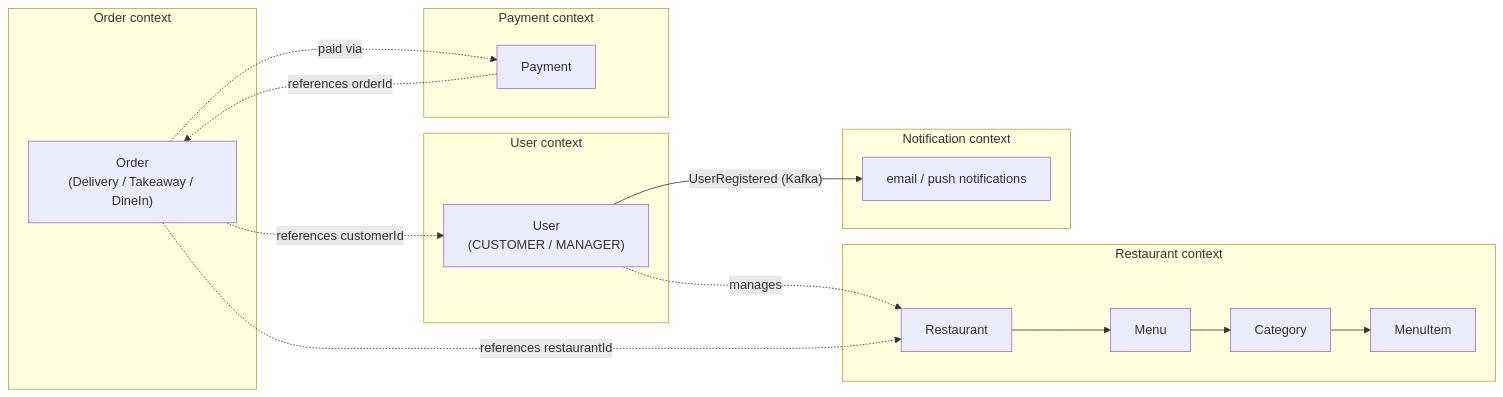
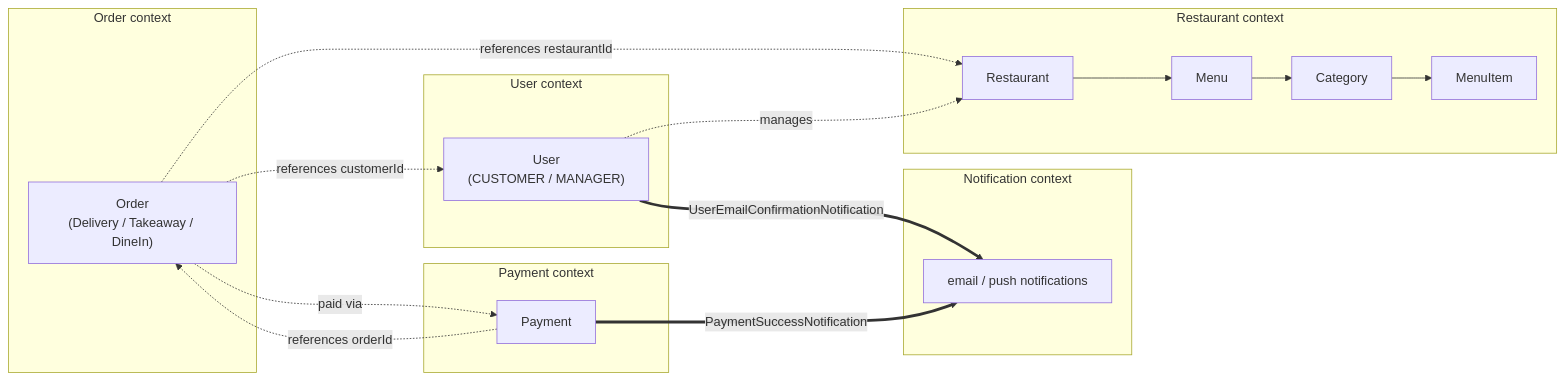
The diagram in docs/reports/spe/01-deliverables/domain-model.md (Norby99/munchies), drawn with Mermaid before and after one commit. The commit also changed other lines of this file and 1 other file, not shown here.

````diff
--- a/docs/reports/spe/01-deliverables/domain-model.md
+++ b/docs/reports/spe/01-deliverables/domain-model.md
@@ -7,25 +31,26 @@
 ```mermaid
 flowchart LR
     subgraph User["User context"]
         U["User<br/>(CUSTOMER / MANAGER)"]
     end
     subgraph Restaurant["Restaurant context"]
         R["Restaurant"] --> M["Menu"] --> C["Category"] --> MI["MenuItem"]
     end
     subgraph Order["Order context"]
         O["Order<br/>(Delivery / Takeaway / DineIn)"]
     end
     subgraph Payment["Payment context"]
         P["Payment"]
     end
     subgraph Notification["Notification context"]
         N["email / push notifications"]
     end
 
     U -. manages .-> R
     O -. references restaurantId .-> R
     O -. references customerId .-> U
     O -. paid via .-> P
     P -. references orderId .-> O
-    U -- "UserRegistered (Kafka)" --> N
+    U == "UserEmailConfirmationNotification" ==> N
+    P == "PaymentSuccessNotification" ==> N
 ```
````
